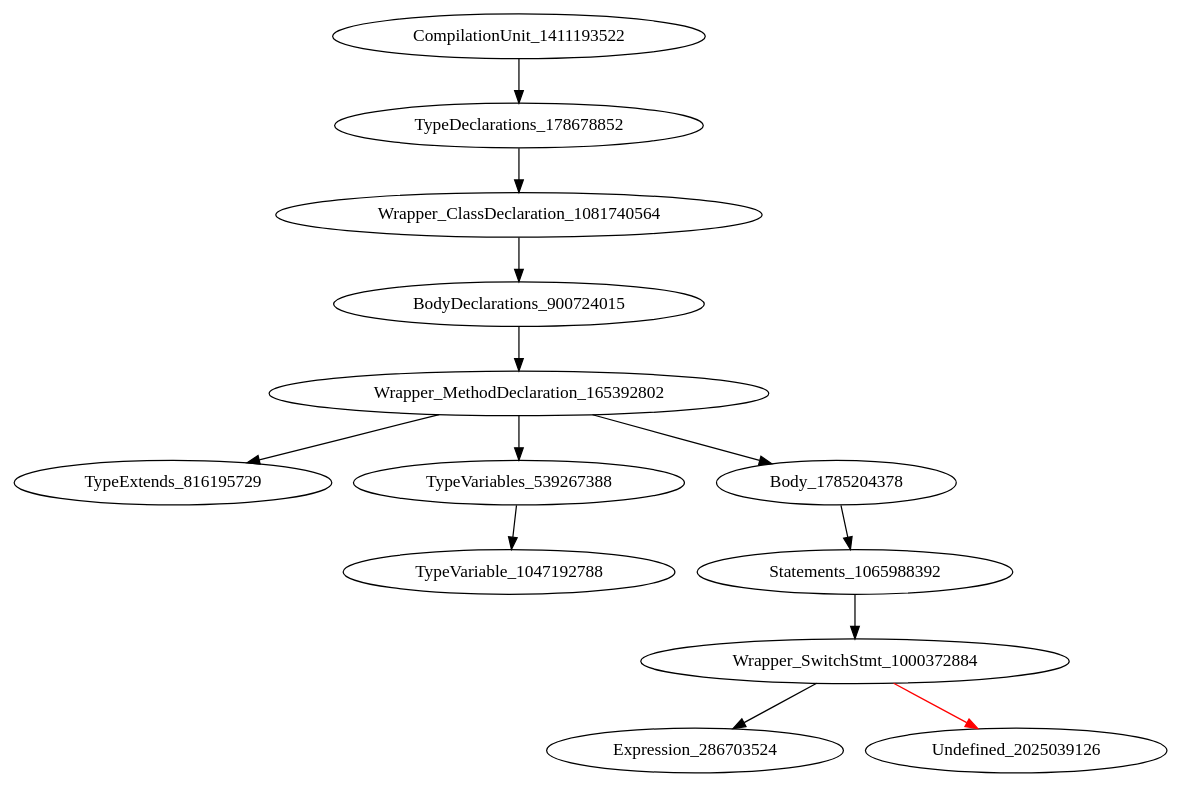
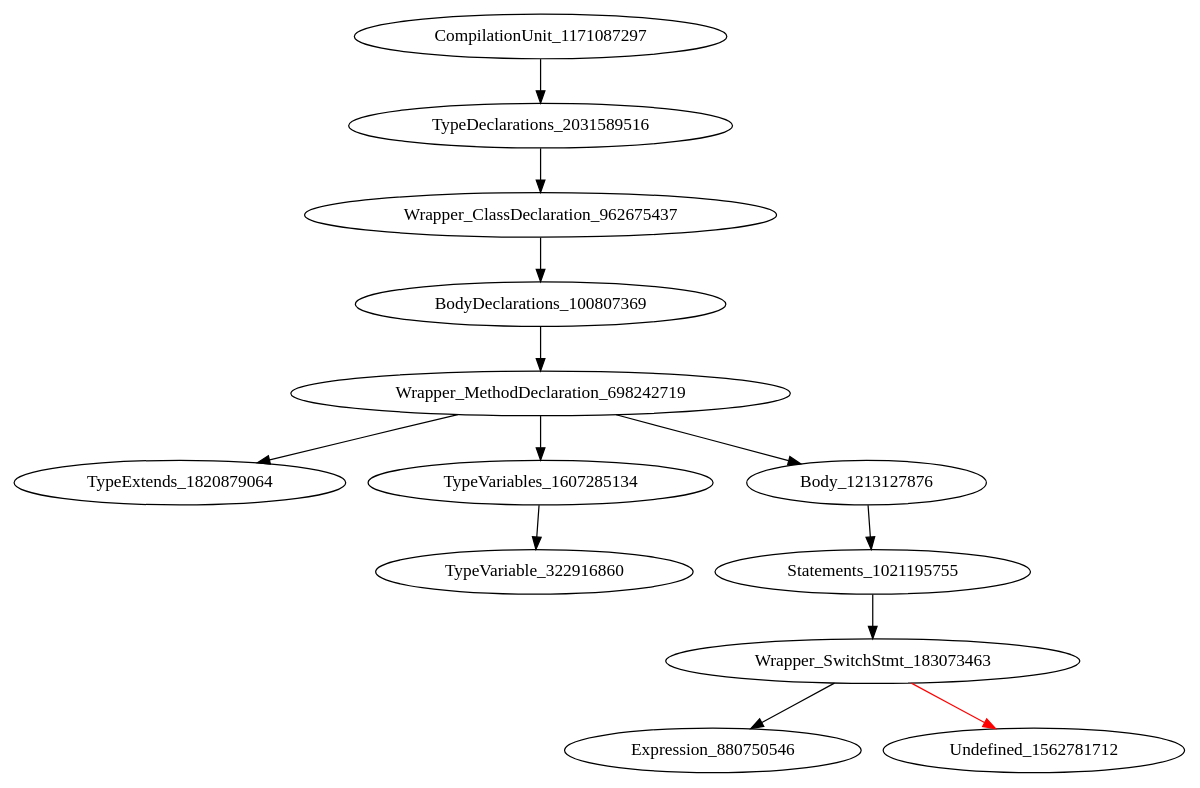
The diagram in holeAST.dot (icse2023material/VoiceJava), drawn with Graphviz before and after one commit. The commit also changed 23 other files, not shown here.

```diff
--- a/holeAST.dot
+++ b/holeAST.dot
@@ -1,14 +1,14 @@
 digraph {
-CompilationUnit_1411193522 -> TypeDeclarations_178678852
-TypeDeclarations_178678852 -> Wrapper_ClassDeclaration_1081740564
-Wrapper_ClassDeclaration_1081740564 -> BodyDeclarations_900724015
-BodyDeclarations_900724015 -> Wrapper_MethodDeclaration_165392802
-Wrapper_MethodDeclaration_165392802 -> TypeExtends_816195729
-Wrapper_MethodDeclaration_165392802 -> TypeVariables_539267388
-Wrapper_MethodDeclaration_165392802 -> Body_1785204378
-TypeVariables_539267388 -> TypeVariable_1047192788
-Body_1785204378 -> Statements_1065988392
-Statements_1065988392 -> Wrapper_SwitchStmt_1000372884
-Wrapper_SwitchStmt_1000372884 -> Expression_286703524
-Wrapper_SwitchStmt_1000372884 -> Undefined_2025039126 [color = red] 
+CompilationUnit_1171087297 -> TypeDeclarations_2031589516
+TypeDeclarations_2031589516 -> Wrapper_ClassDeclaration_962675437
+Wrapper_ClassDeclaration_962675437 -> BodyDeclarations_100807369
+BodyDeclarations_100807369 -> Wrapper_MethodDeclaration_698242719
+Wrapper_MethodDeclaration_698242719 -> TypeExtends_1820879064
+Wrapper_MethodDeclaration_698242719 -> TypeVariables_1607285134
+Wrapper_MethodDeclaration_698242719 -> Body_1213127876
+TypeVariables_1607285134 -> TypeVariable_322916860
+Body_1213127876 -> Statements_1021195755
+Statements_1021195755 -> Wrapper_SwitchStmt_183073463
+Wrapper_SwitchStmt_183073463 -> Expression_880750546
+Wrapper_SwitchStmt_183073463 -> Undefined_1562781712 [color = red] 
 }
```
